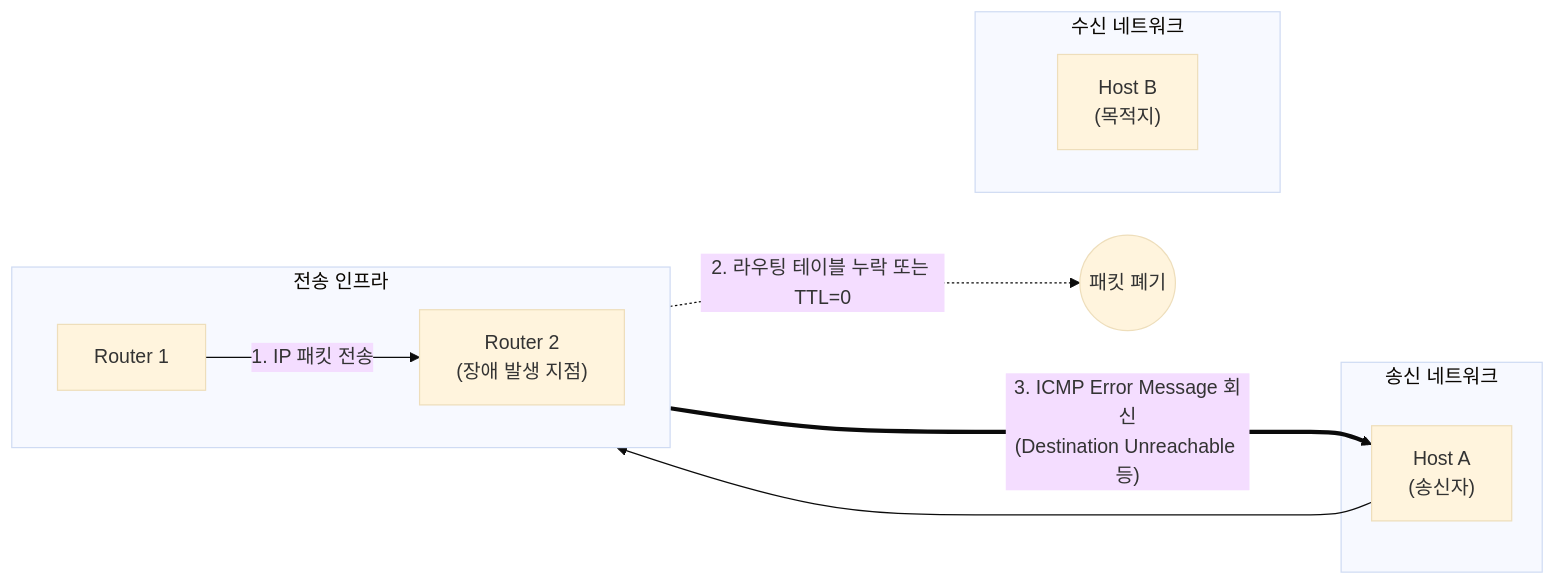
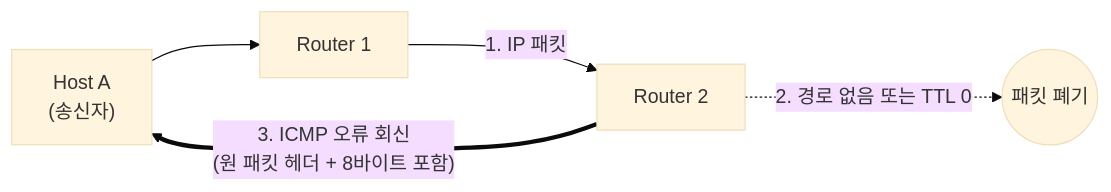
One commit to supremethumb/supremethumb.github.io changed the diagram in content/01_IT Tech/ICMP.md. Above: the diagram before and after it, drawn with Mermaid (base theme). The commit also changed other lines of this file and 1087 other files, not shown here.

````diff
--- a/content/01_IT Tech/ICMP.md
+++ b/content/01_IT Tech/ICMP.md
@@ -27,23 +35,6 @@
 ```mermaid
 flowchart LR
-    subgraph Source_Net ["송신 네트워크"]
-        HostA["Host A<br/>(송신자)"]
-    end
-
-    subgraph Transit_Net ["전송 인프라"]
-        direction LR
-        Router1["Router 1"]
-        Router2["Router 2<br/>(장애 발생 지점)"]
-        Router1 -->|1. IP 패킷 전송| Router2
-    end
-
-    subgraph Dest_Net ["수신 네트워크"]
-        HostB["Host B<br/>(목적지)"]
-    end
-
-    HostA --> Router1
-    Router2 -. "2. 라우팅 테이블 누락 또는 TTL=0" .-> Drop((패킷 폐기))
-    Router2 ===>|"3. ICMP Error Message 회신<br/>(Destination Unreachable 등)"| HostA
-    Router2 ~~~ HostB
-
+    A["Host A<br/>(송신자)"] --> R1["Router 1"] -- "1. IP 패킷" --> R2["Router 2"]
+    R2 -. "2. 경로 없음 또는 TTL 0" .-> D(("패킷 폐기"))
+    R2 == "3. ICMP 오류 회신<br/>(원 패킷 헤더 + 8바이트 포함)" ==> A
 ```
````
